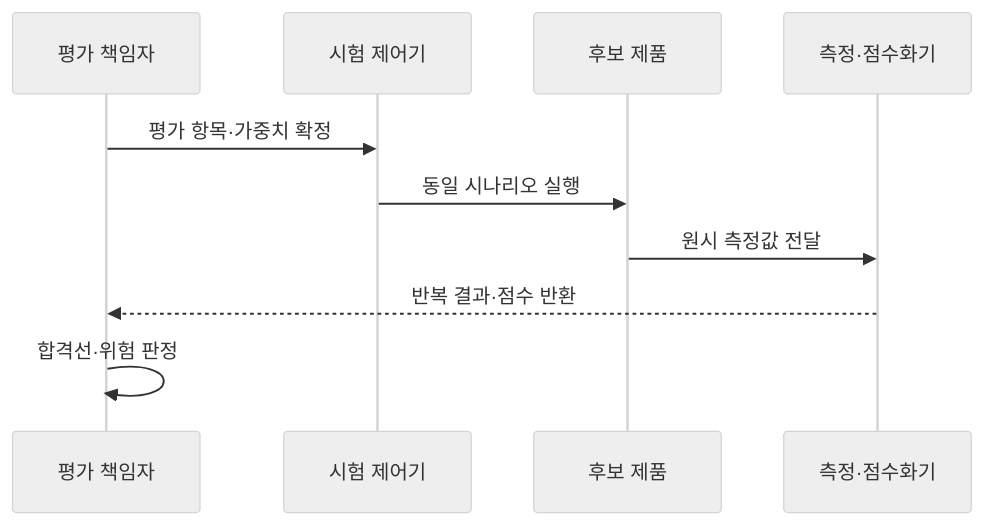
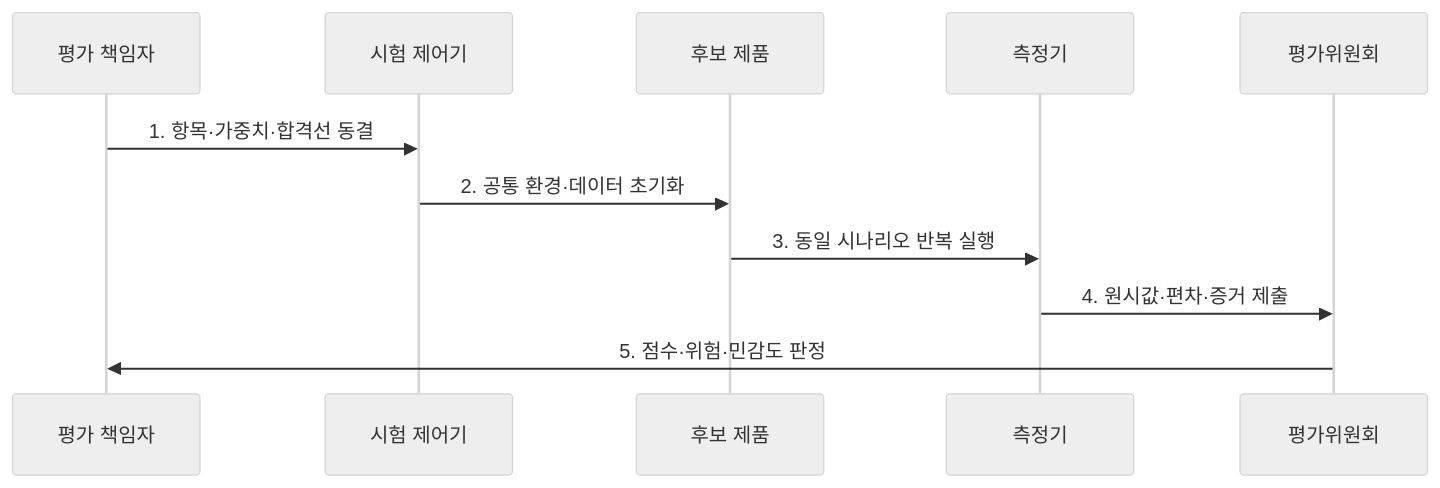
The second of 2 diagrams in src/content/docs/notes/06-evaluation/010_bmt_methodology.md (agnusdei1207/knowledge-base), drawn with Mermaid (neutral theme) before and after one commit. The commit also changed other lines of this file and 6 other files, not shown here.

````diff
--- a/src/content/docs/notes/06-evaluation/010_bmt_methodology.md
+++ b/src/content/docs/notes/06-evaluation/010_bmt_methodology.md
@@ -76,12 +73,13 @@
 ```mermaid
 sequenceDiagram
-    participant O as 평가 책임자
-    participant C as 시험 제어기
-    participant P as 후보 제품
-    participant M as 측정·점수화기
-    O->>C: 평가 항목·가중치 확정
-    C->>P: 동일 시나리오 실행
-    P->>M: 원시 측정값 전달
-    M-->>O: 반복 결과·점수 반환
-    O->>O: 합격선·위험 판정
+  participant O as 평가 책임자
+  participant C as 시험 제어기
+  participant P as 후보 제품
+  participant M as 측정기
+  participant A as 평가위원회
+  O->>C: 1. 항목·가중치·합격선 동결
+  C->>P: 2. 공통 환경·데이터 초기화
+  P->>M: 3. 동일 시나리오 반복 실행
+  M->>A: 4. 원시값·편차·증거 제출
+  A->>O: 5. 점수·위험·민감도 판정
 ```
````
